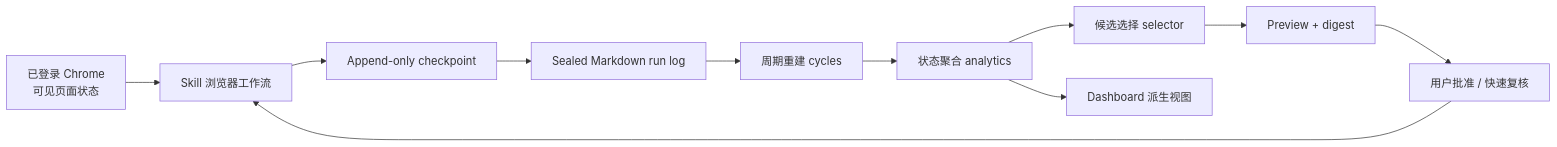
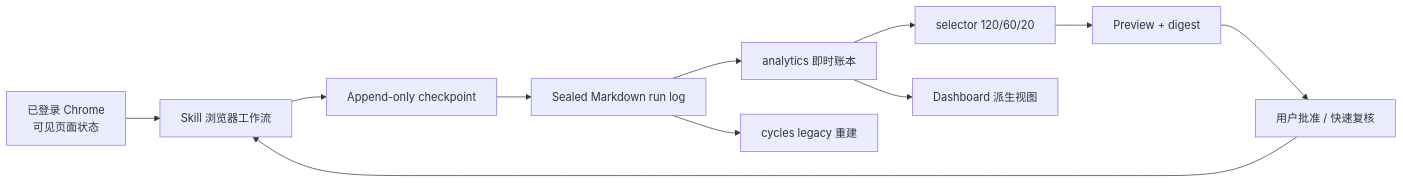
Before and after one commit to wangmiki32-a/PressZan: the diagram in docs/architecture.md, drawn with Mermaid. The commit also changed other lines of this file and 14 other files, not shown here.

````diff
--- a/docs/architecture.md
+++ b/docs/architecture.md
@@ -11,13 +11,13 @@
 ```mermaid
 flowchart LR
     B["已登录 Chrome\n可见页面状态"] --> W["Skill 浏览器工作流"]
     W --> C["Append-only checkpoint"]
     C --> L["Sealed Markdown run log"]
-    L --> Y["周期重建 cycles"]
-    Y --> R["状态聚合 analytics"]
-    R --> S["候选选择 selector"]
+    L --> R["analytics 即时账本"]
+    L --> Y["cycles legacy 重建"]
+    R --> S["selector 120/60/20"]
     R --> D["Dashboard 派生视图"]
     S --> P["Preview + digest"]
     P --> A["用户批准 / 快速复核"]
     A --> W
 ```
````
